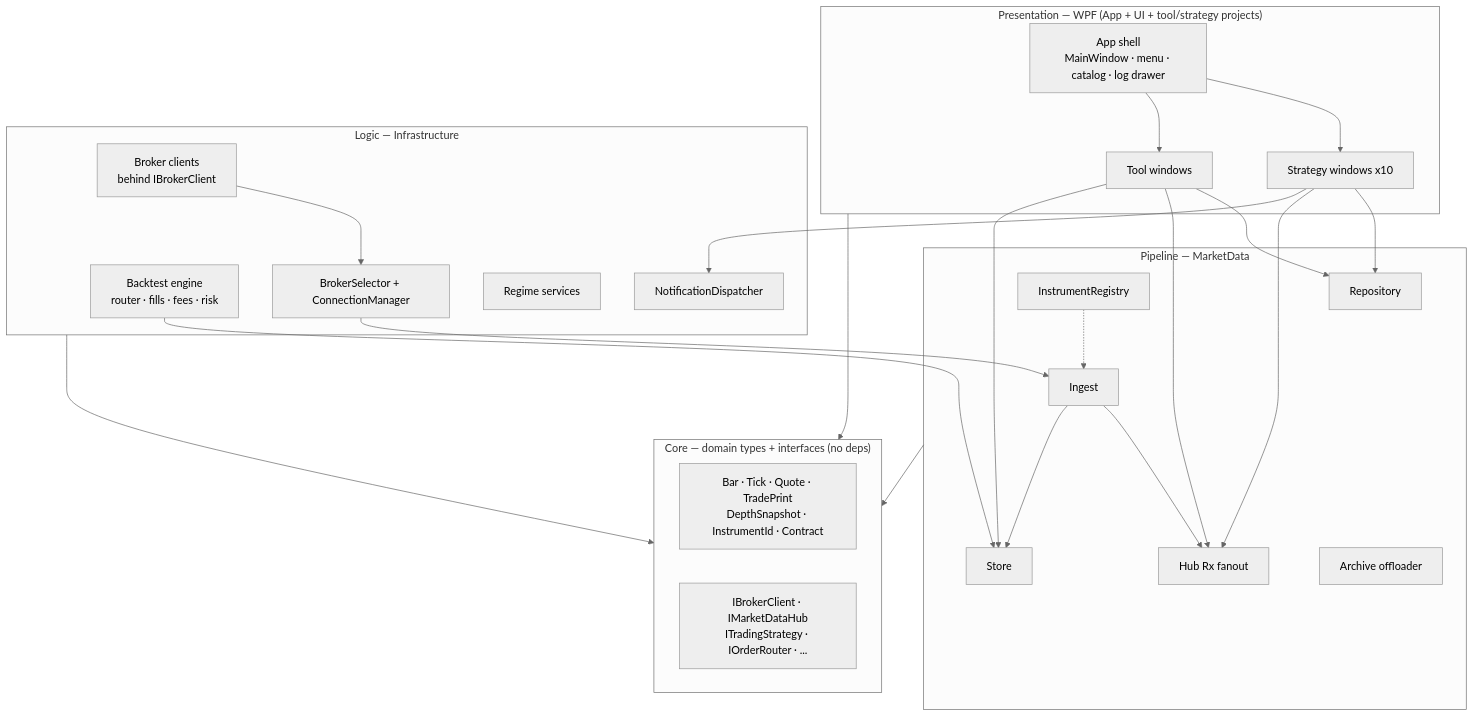
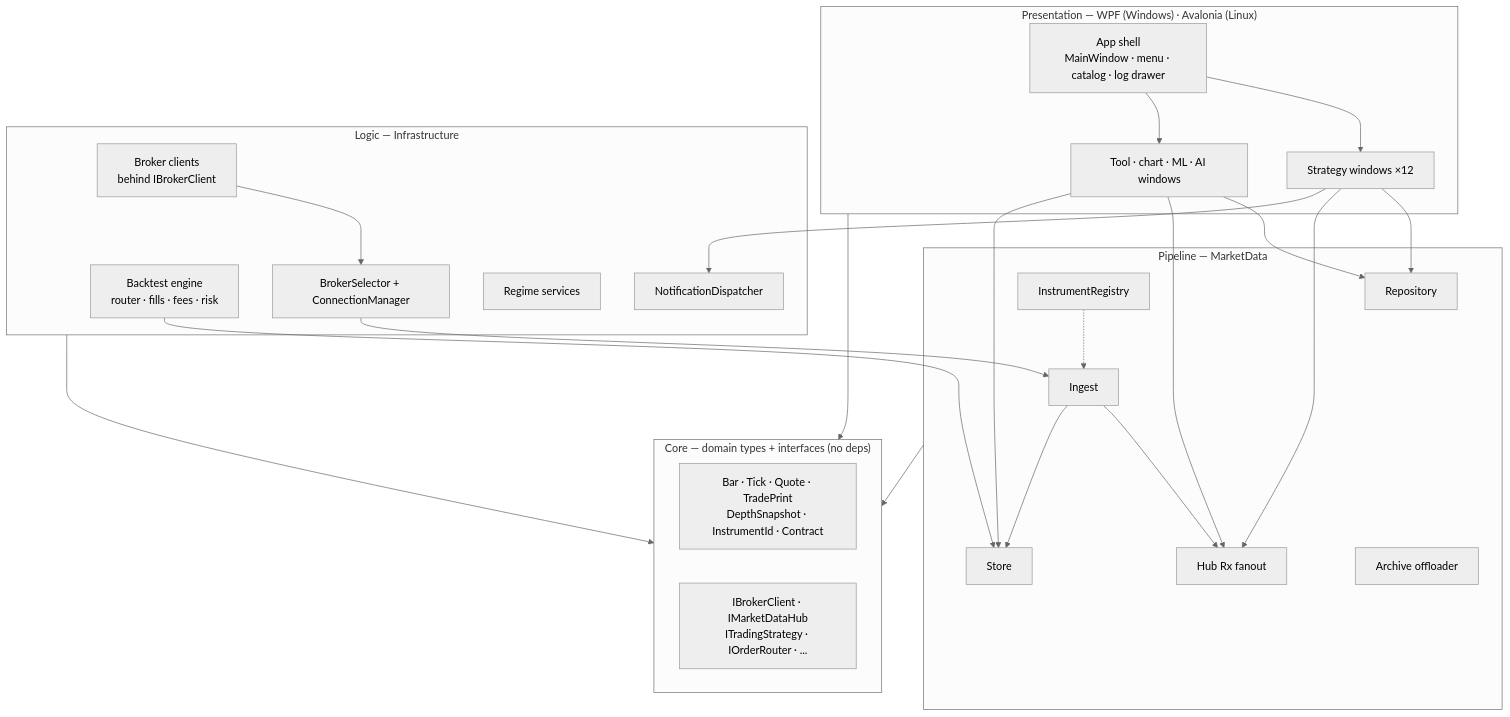
The first of 3 diagrams in docs/architecture.md (dhruuvsharma/DaxAlgo-Terminal), drawn with Mermaid (neutral theme) before and after one commit. The commit also changed other lines of this file and 22 other files, not shown here.

````diff
--- a/docs/architecture.md
+++ b/docs/architecture.md
@@ -20,39 +67,39 @@
 ```mermaid
 flowchart TB
-    subgraph UI["Presentation — WPF (App + UI + tool/strategy projects)"]
+    subgraph UI["Presentation — WPF (Windows) · Avalonia (Linux)"]
         SHELL[App shell<br/>MainWindow · menu · catalog · log drawer]
-        SW[Strategy windows x10]
-        TW[Tool windows]
+        SW[Strategy windows ×12]
+        TW[Tool · chart · ML · AI windows]
     end
     subgraph LOGIC["Logic — Infrastructure"]
         BCLIENTS[Broker clients<br/>behind IBrokerClient]
         BSEL[BrokerSelector + ConnectionManager]
         ENGINE[Backtest engine<br/>router · fills · fees · risk]
         NOTIF[NotificationDispatcher]
         REGIME[Regime services]
     end
     subgraph PIPE["Pipeline — MarketData"]
         INGEST[Ingest]
         HUB[Hub Rx fanout]
         REPO[Repository]
         STOREI[Store]
         ARCH[Archive offloader]
         REG[InstrumentRegistry]
     end
     subgraph CORE["Core — domain types + interfaces (no deps)"]
         TYPES[Bar · Tick · Quote · TradePrint<br/>DepthSnapshot · InstrumentId · Contract]
         IFACES[IBrokerClient · IMarketDataHub<br/>ITradingStrategy · IOrderRouter · ...]
     end
 
     SHELL --> SW & TW
     SW --> REPO & HUB
     TW --> REPO & HUB & STOREI
     SW --> NOTIF
     BCLIENTS --> BSEL --> INGEST
     INGEST --> HUB & STOREI
     REG -.-> INGEST
     ENGINE --> STOREI
     LOGIC --> CORE
     PIPE --> CORE
     UI --> CORE
 ```
````
